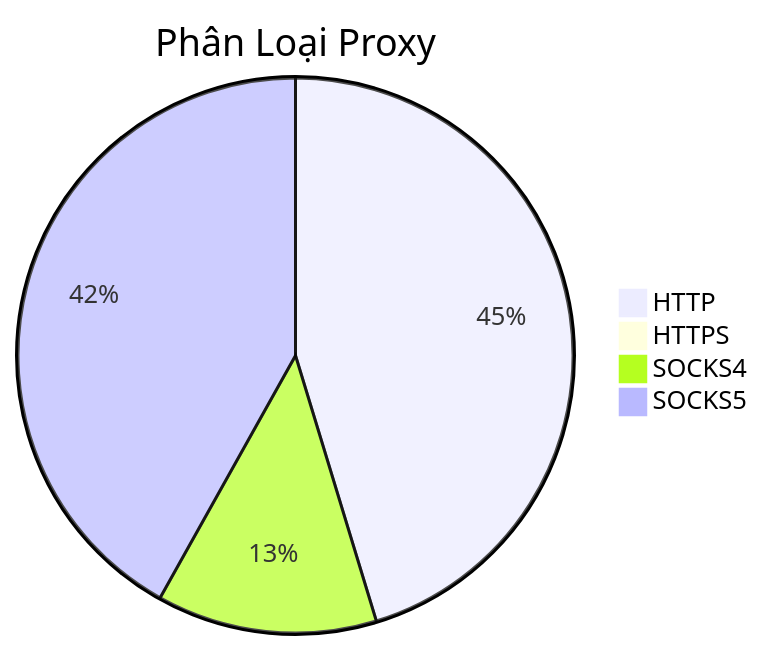
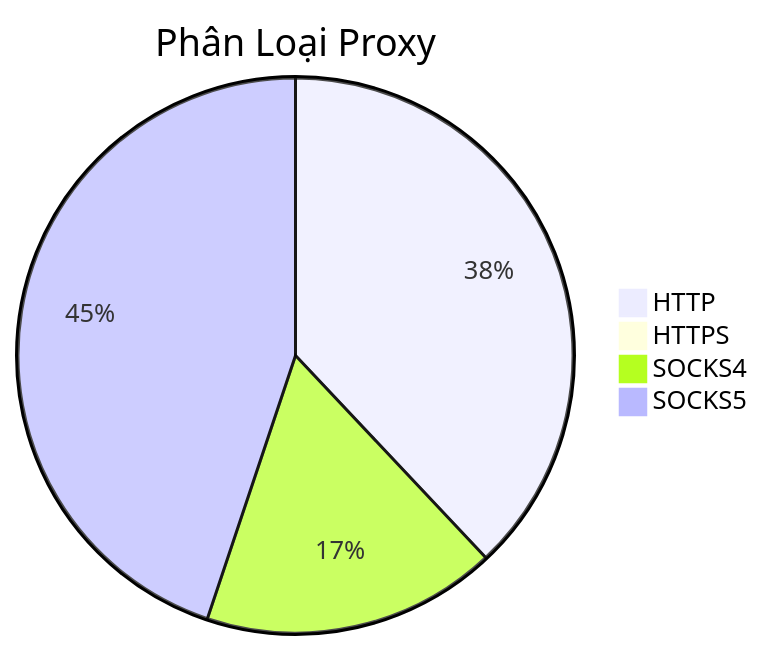
Before and after one commit to Ciara-Aa/PROXY-free: the diagram in README.md, drawn with Mermaid. The commit also changed other lines of this file and 4 other files, not shown here.

````diff
--- a/README.md
+++ b/README.md
@@ -26,7 +26,7 @@
 ```mermaid
 pie title Phân Loại Proxy
-    "HTTP" : 1011
+    "HTTP" : 768
     "HTTPS" : 1
-    "SOCKS4" : 286
-    "SOCKS5" : 935
+    "SOCKS4" : 347
+    "SOCKS5" : 907
 ```
````
